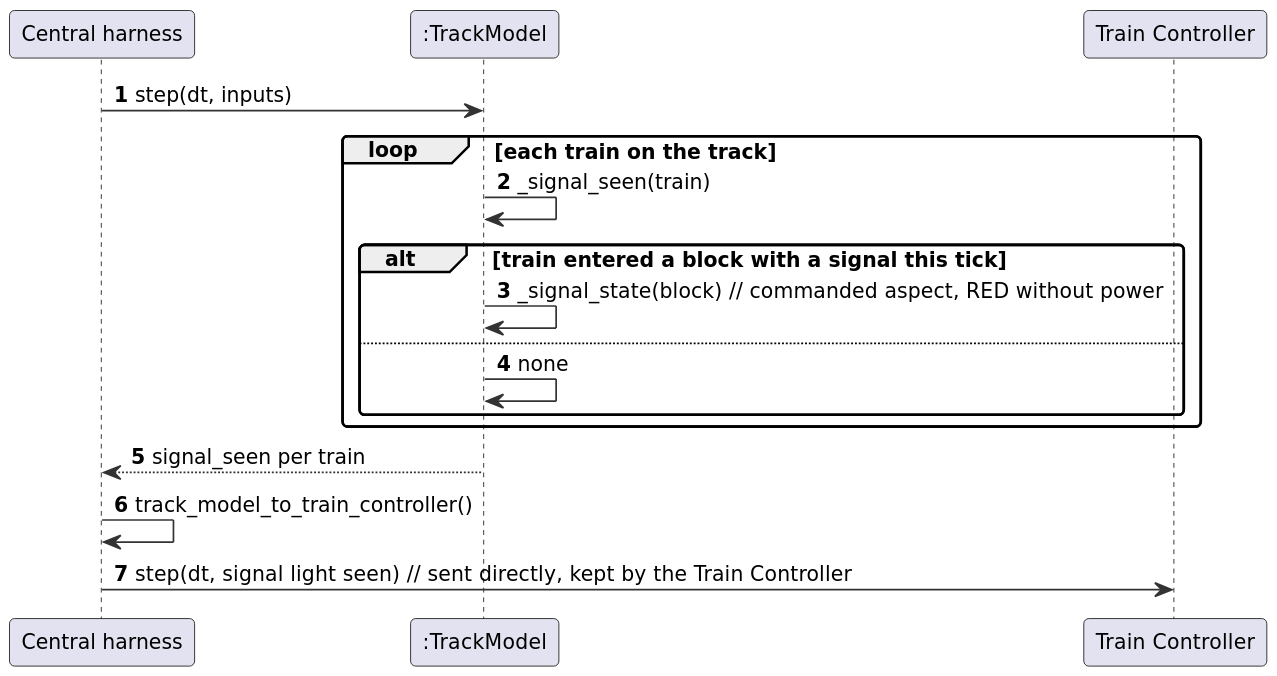
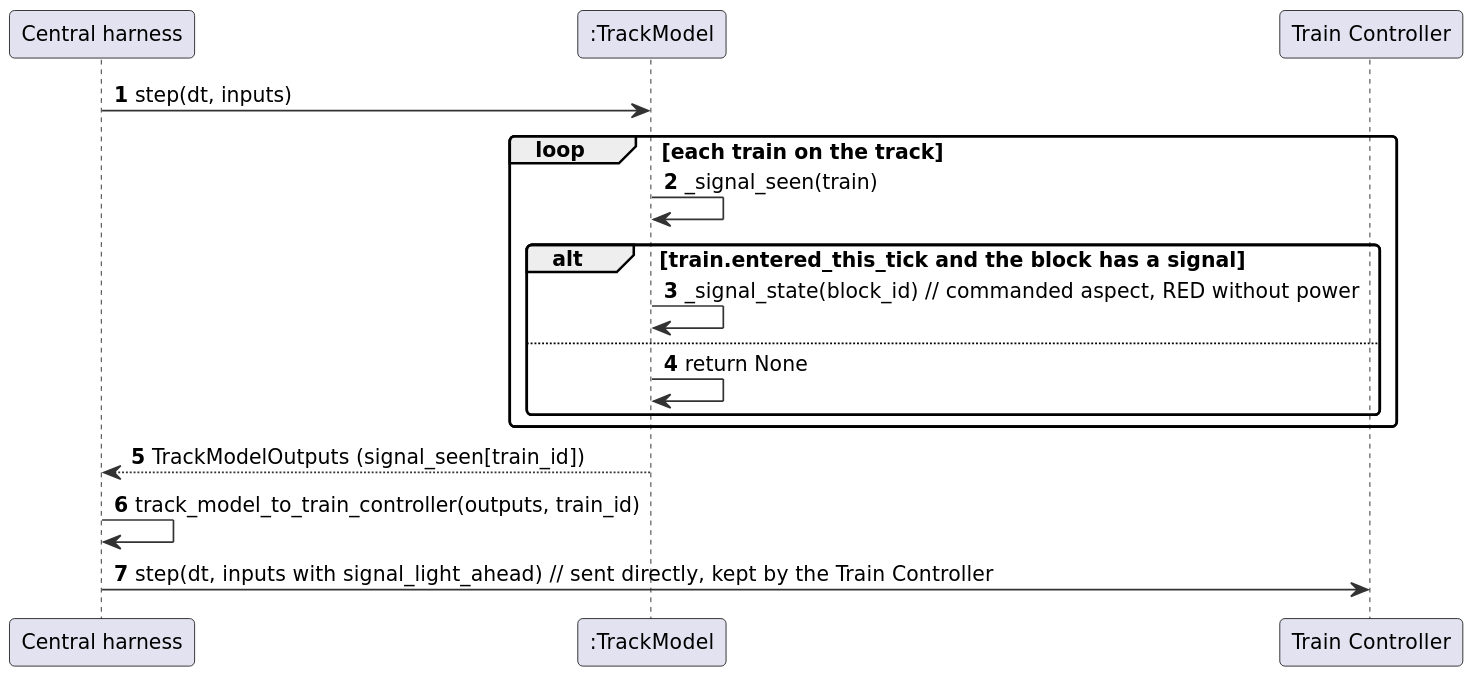
Before and after one commit to Landiss04/Track-Overflow: the diagram in documents/uml/track_model/sd09_signalseen.puml, drawn with PlantUML. The commit also changed 39 other files, not shown here.

First line of the commit message:
Track Model diagrams: sequence messages show the real method calls; use case actors joined by plain lines

```diff
--- a/documents/uml/track_model/sd09_signalseen.puml
+++ b/documents/uml/track_model/sd09_signalseen.puml
@@ -1,27 +1,27 @@
 @startuml
 skinparam shadowing false
 skinparam dpi 170
 skinparam defaultFontName DejaVu Sans
 skinparam defaultFontSize 12
 skinparam roundCorner 6
 skinparam ArrowColor #333333
 skinparam BackgroundColor white
 skinparam sequenceMessageAlign left
 skinparam ParticipantPadding 20
 autonumber
 participant "Central harness" as H
 participant ":TrackModel" as TM
 participant "Train Controller" as TC
 H -> TM : step(dt, inputs)
 loop each train on the track
   TM -> TM : _signal_seen(train)
-  alt train entered a block with a signal this tick
-    TM -> TM : _signal_state(block)  // commanded aspect, RED without power
+  alt train.entered_this_tick and the block has a signal
+    TM -> TM : _signal_state(block_id)  // commanded aspect, RED without power
   else
-    TM -> TM : none
+    TM -> TM : return None
   end
 end
-TM --> H : signal_seen per train
-H -> H : track_model_to_train_controller()
-H -> TC : step(dt, signal light seen)  // sent directly, kept by the Train Controller
+TM --> H : TrackModelOutputs (signal_seen[train_id])
+H -> H : track_model_to_train_controller(outputs, train_id)
+H -> TC : step(dt, inputs with signal_light_ahead)  // sent directly, kept by the Train Controller
 @enduml
```
